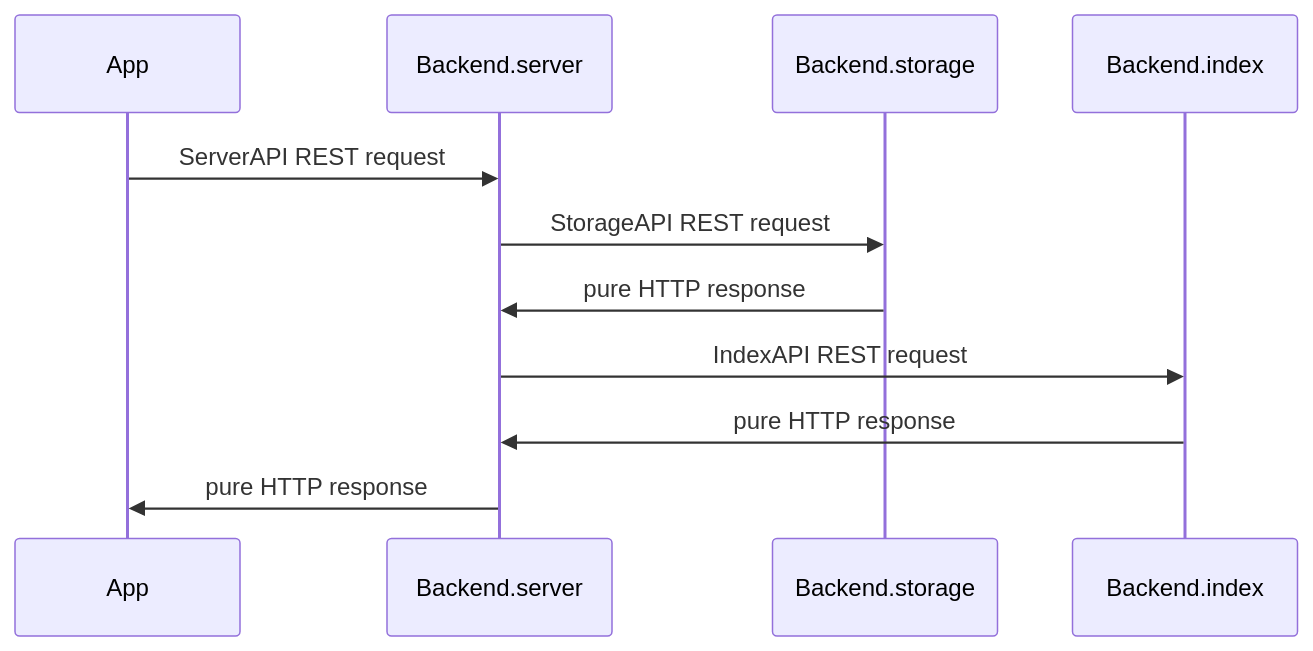
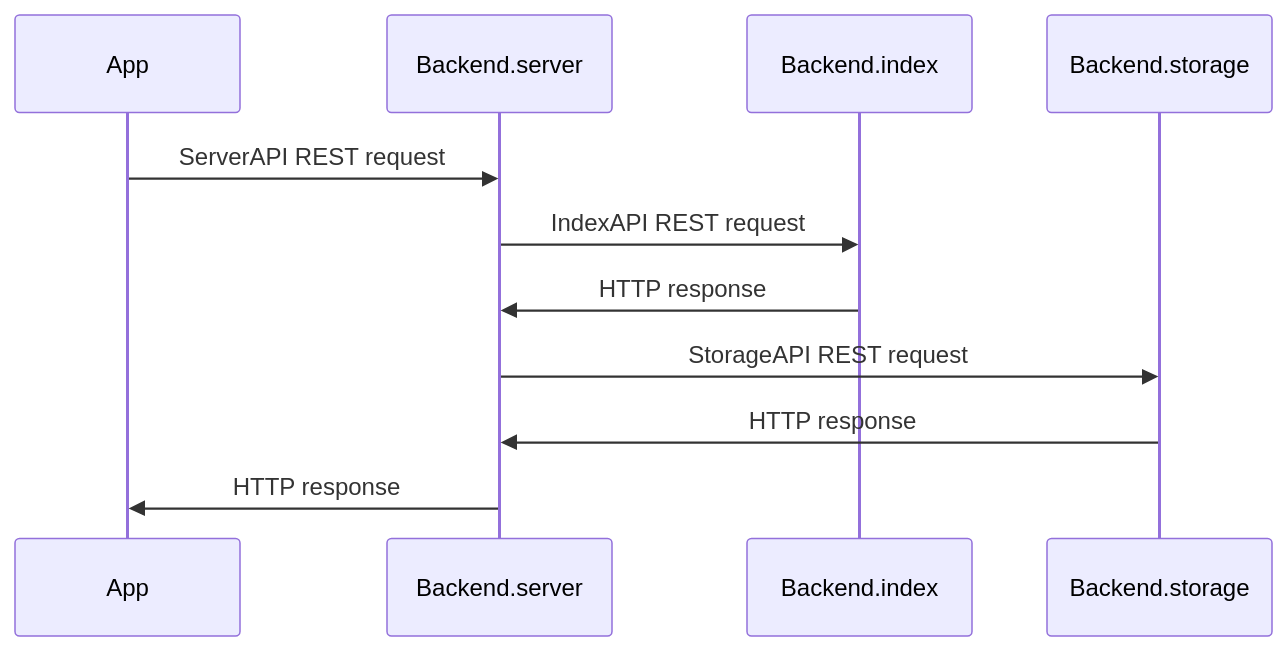
Before and after one commit to funduck/modular-notes: the third of 7 diagrams in README.md, drawn with Mermaid. The commit also changed other lines of this file and 8 other files, not shown here.

````diff
--- a/README.md
+++ b/README.md
@@ -52,9 +77,9 @@
 ```mermaid
 sequenceDiagram
     App             ->> Backend.server:  ServerAPI REST request
+    Backend.server  ->> Backend.index:   IndexAPI REST request
+    Backend.index   ->> Backend.server:  HTTP response
     Backend.server  ->> Backend.storage: StorageAPI REST request
-    Backend.storage ->> Backend.server:  pure HTTP response
-    Backend.server  ->> Backend.index:   IndexAPI REST request
-    Backend.index   ->> Backend.server:  pure HTTP response
-    Backend.server  ->> App:             pure HTTP response
+    Backend.storage ->> Backend.server:  HTTP response
+    Backend.server  ->> App:             HTTP response
 ```
````
